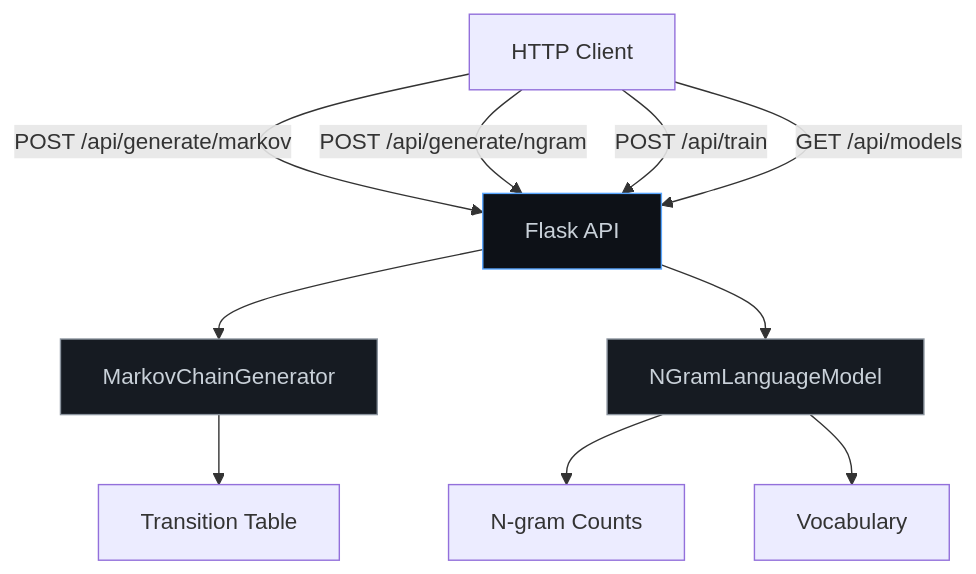
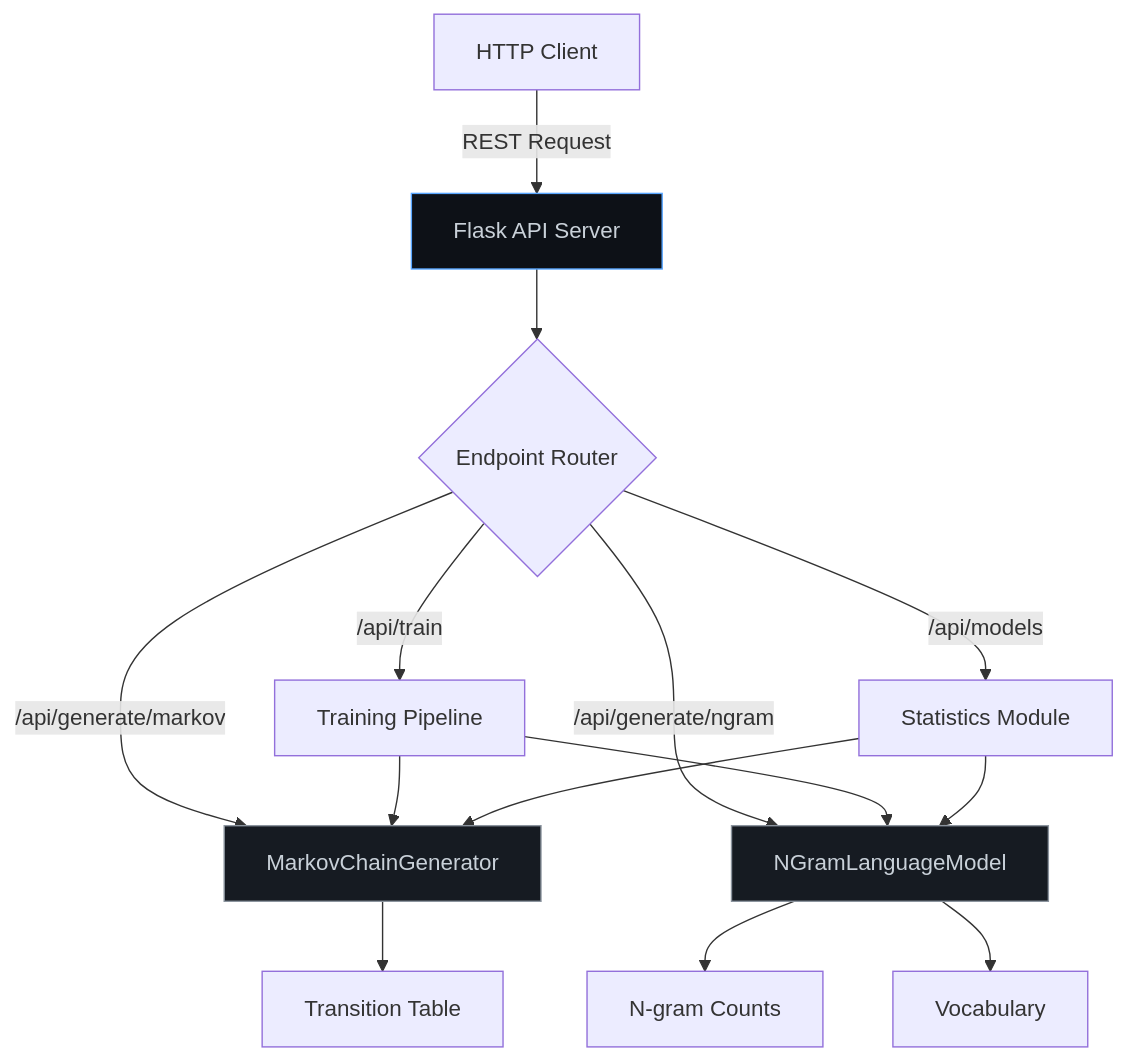
Before and after one commit to galafis/Text-Generation-API: the third of 4 diagrams in README.md, drawn with Mermaid. The commit also changed other lines of this file and 2 other files, not shown here.

````diff
--- a/README.md
+++ b/README.md
@@ -142,16 +201,20 @@
 ```mermaid
 graph TD
-    A[HTTP Client] -->|POST /api/generate/markov| B[Flask API]
-    A -->|POST /api/generate/ngram| B
-    A -->|POST /api/train| B
-    A -->|GET /api/models| B
-    B --> C[MarkovChainGenerator]
-    B --> D[NGramLanguageModel]
-    C --> E[Transition Table]
-    D --> F[N-gram Counts]
-    D --> G[Vocabulary]
+    A[HTTP Client] -->|REST Request| B[Flask API Server]
+    B --> C{Endpoint Router}
+    C -->|/api/generate/markov| D[MarkovChainGenerator]
+    C -->|/api/generate/ngram| E[NGramLanguageModel]
+    C -->|/api/train| F[Training Pipeline]
+    C -->|/api/models| G[Statistics Module]
+    D --> H[Transition Table]
+    E --> I[N-gram Counts]
+    E --> J[Vocabulary]
+    F --> D
+    F --> E
+    G --> D
+    G --> E
 
     style B fill:#0d1117,color:#c9d1d9,stroke:#58a6ff
-    style C fill:#161b22,color:#c9d1d9,stroke:#8b949e
     style D fill:#161b22,color:#c9d1d9,stroke:#8b949e
+    style E fill:#161b22,color:#c9d1d9,stroke:#8b949e
 ```
````
